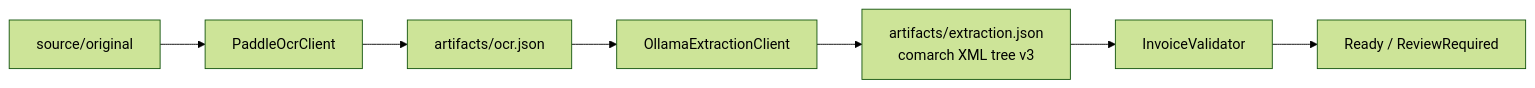
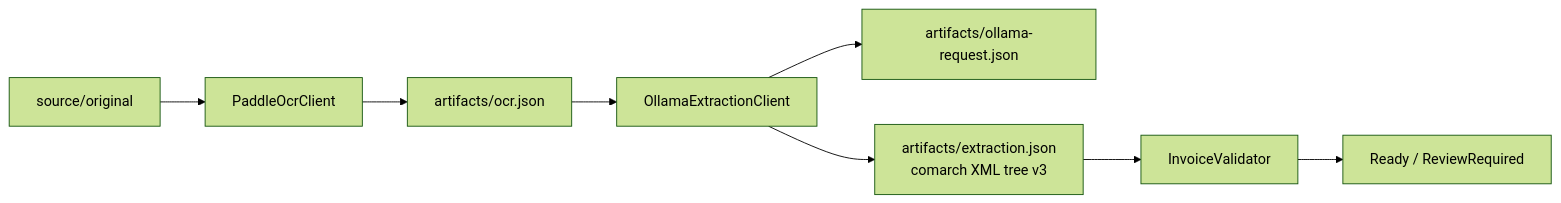
One commit to jklebucki/AJKDocumentCapture changed the diagram in docs/02-ocr-and-extraction.md. Above: the diagram before and after it, drawn with Mermaid (forest theme). The commit also changed other lines of this file and 10 other files, not shown here.

````diff
--- a/docs/02-ocr-and-extraction.md
+++ b/docs/02-ocr-and-extraction.md
@@ -3,9 +3,10 @@
 ```mermaid
 flowchart LR
   S["source/original"] --> P["PaddleOcrClient"]
   P --> O["artifacts/ocr.json"]
   O --> L["OllamaExtractionClient"]
+  L --> Q["artifacts/ollama-request.json"]
   L --> E["artifacts/extraction.json\ncomarch XML tree v3"]
   E --> V["InvoiceValidator"]
   V --> R["Ready / ReviewRequired"]
 ```
````
